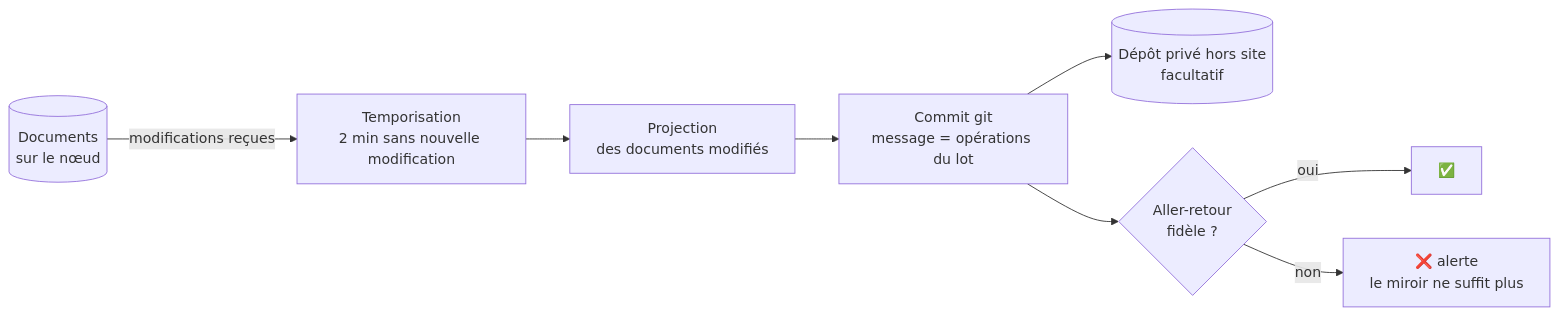
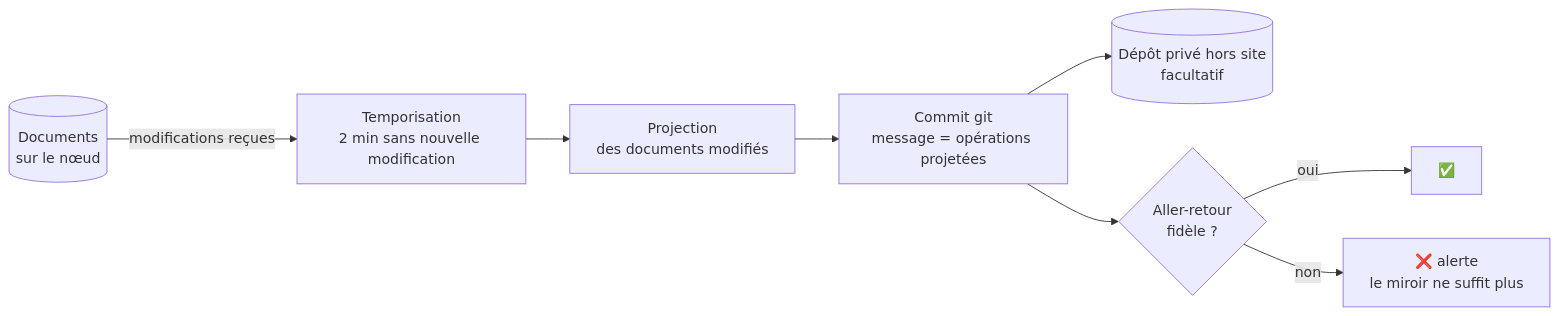
One commit to EdouardZemb/pupitre changed the seventh of 8 diagrams in docs/31-persistance-et-synchronisation.md. Above: the diagram before and after it, drawn with Mermaid. The commit also changed other lines of this file and 24 other files, not shown here.

````diff
--- a/docs/31-persistance-et-synchronisation.md
+++ b/docs/31-persistance-et-synchronisation.md
@@ -378,10 +765,10 @@
 ```mermaid
 flowchart LR
   D[("Documents<br/>sur le nœud")] -->|"modifications reçues"| T["Temporisation<br/>2 min sans nouvelle modification"]
   T --> P["Projection<br/>des documents modifiés"]
-  P --> G["Commit git<br/>message = opérations du lot"]
+  P --> G["Commit git<br/>message = opérations projetées"]
   G --> R[("Dépôt privé hors site<br/>facultatif")]
   G --> V{"Aller-retour<br/>fidèle ?"}
   V -->|oui| OK["✅"]
   V -->|non| KO["❌ alerte<br/>le miroir ne suffit plus"]
 ```
````
